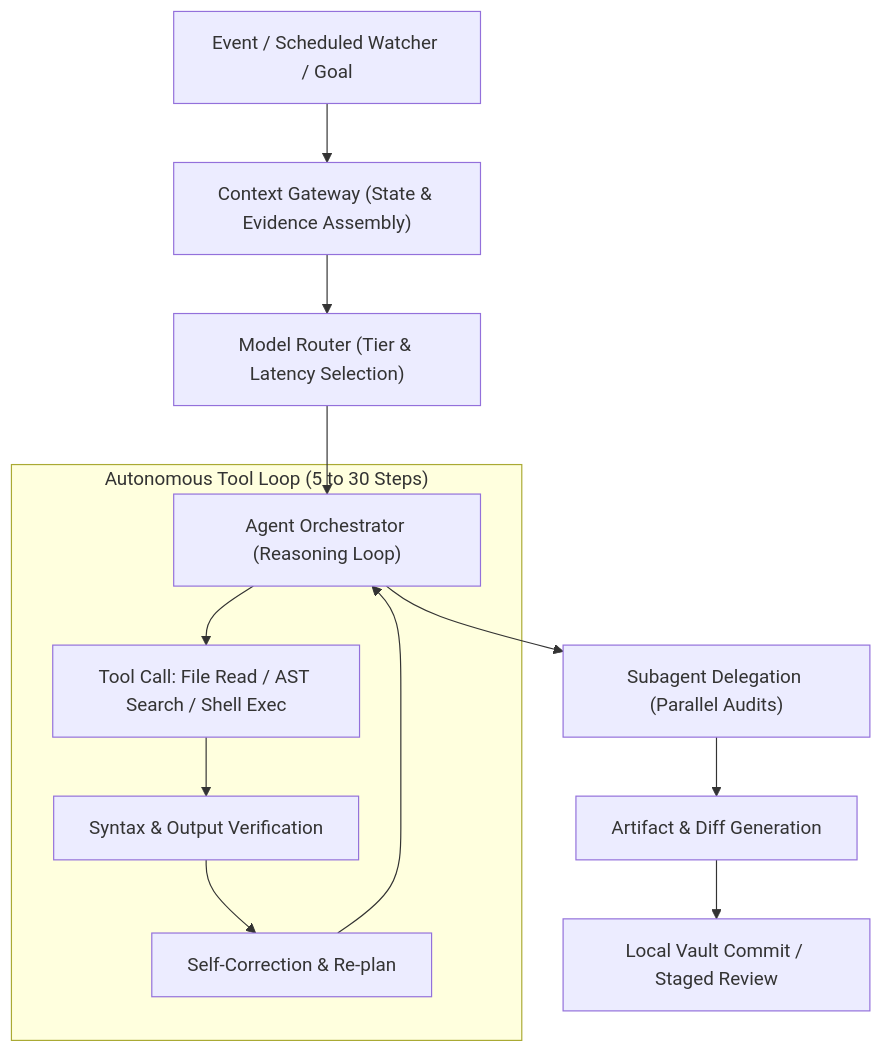
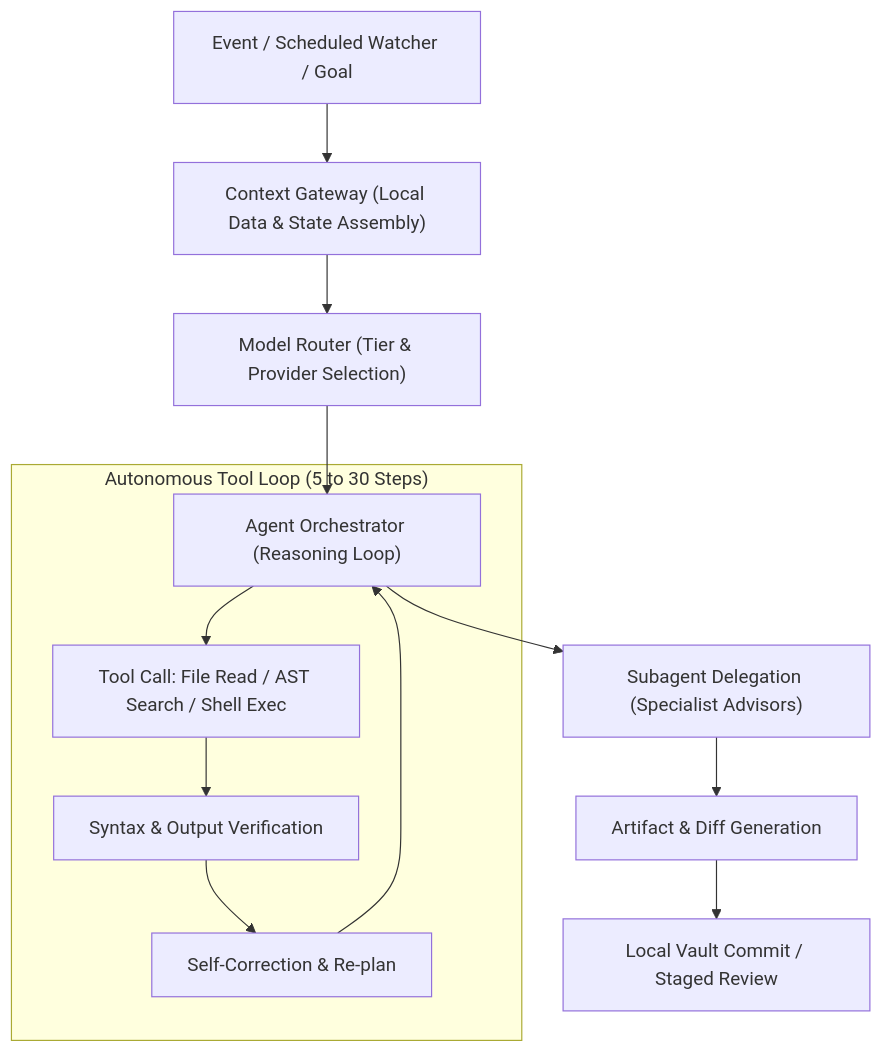
Before and after one commit to iniTwakkie/astro-portfolio: the first of 2 diagrams in src/content/blog/2026_09_the_coming_inference_wars.md, drawn with Mermaid. The commit also changed other lines of this file, not shown here.

Commit message:
Update blog post: Add local context sovereignty and personal C-suite

````diff
--- a/src/content/blog/2026_09_the_coming_inference_wars.md
+++ b/src/content/blog/2026_09_the_coming_inference_wars.md
@@ -39,17 +39,17 @@
 ```mermaid
 flowchart TD
-    Trigger["Event / Scheduled Watcher / Goal"] --> Gateway["Context Gateway (State & Evidence Assembly)"]
-    Gateway --> Router["Model Router (Tier & Latency Selection)"]
+    Trigger["Event / Scheduled Watcher / Goal"] --> Gateway["Context Gateway (Local Data & State Assembly)"]
+    Gateway --> Router["Model Router (Tier & Provider Selection)"]
     Router --> Agent["Agent Orchestrator (Reasoning Loop)"]
     
     subgraph Iterative Loop ["Autonomous Tool Loop (5 to 30 Steps)"]
         Agent --> ToolCall["Tool Call: File Read / AST Search / Shell Exec"]
         ToolCall --> Inspect["Syntax & Output Verification"]
         Inspect --> Reflect["Self-Correction & Re-plan"]
         Reflect --> Agent
     end
     
-    Agent --> Delegated["Subagent Delegation (Parallel Audits)"]
+    Agent --> Delegated["Subagent Delegation (Specialist Advisors)"]
     Delegated --> Synthesis["Artifact & Diff Generation"]
     Synthesis --> Output["Local Vault Commit / Staged Review"]
 ```
````
